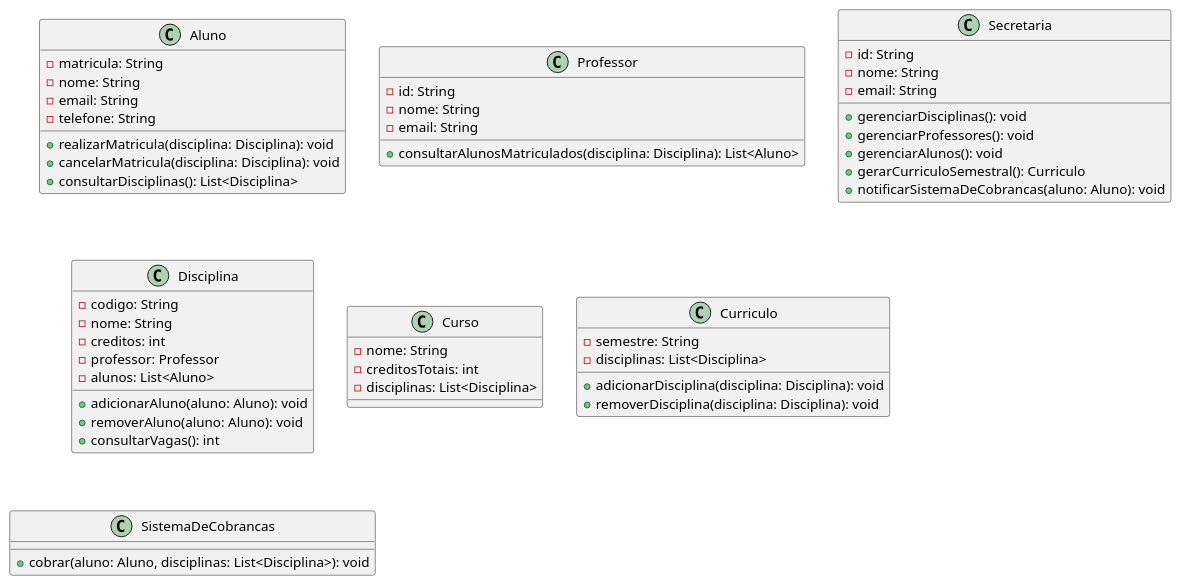
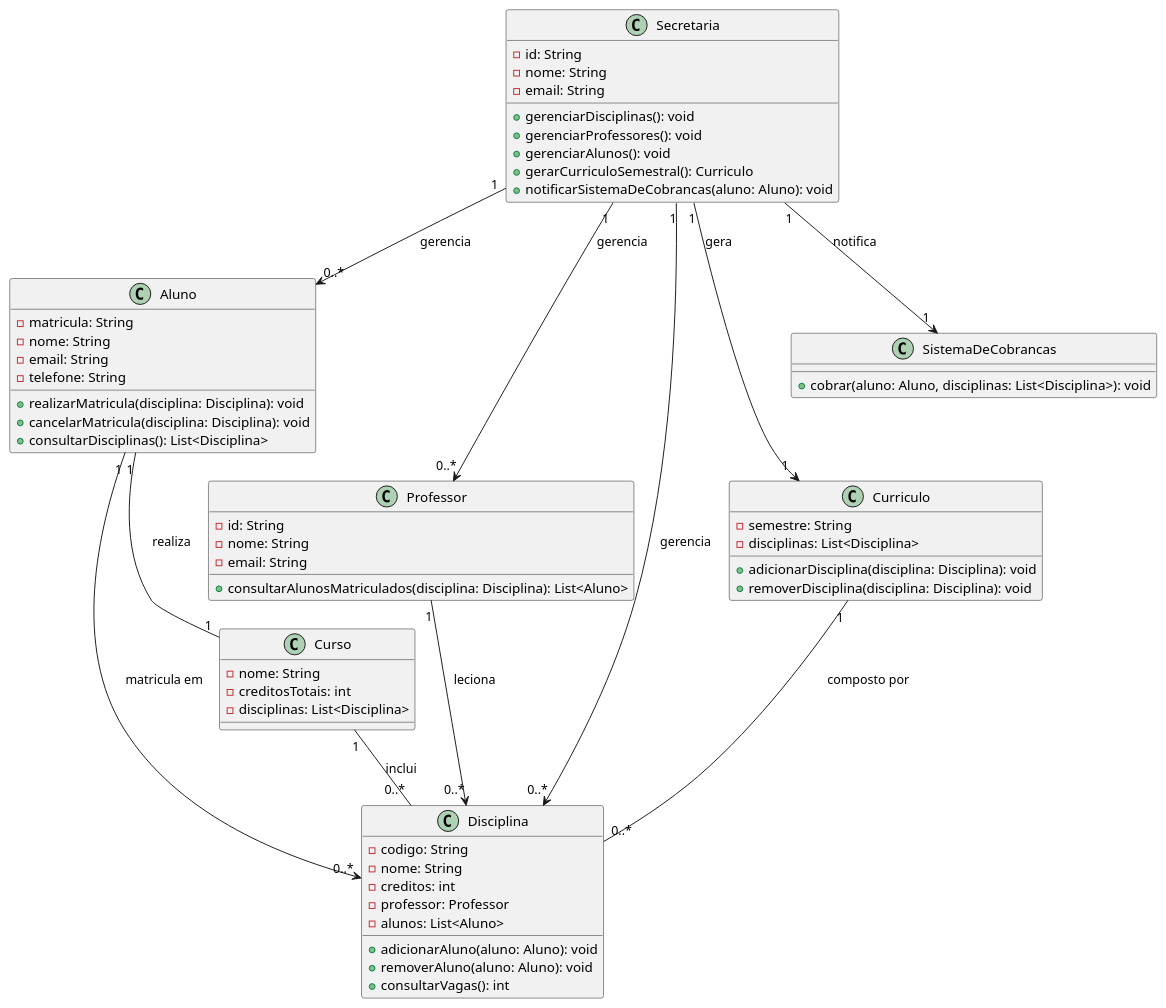
Before and after one commit to ChristianoRuvi/LaboratorioDS: the diagram in project/code/Class DIagram.puml, drawn with PlantUML. The commit also changed 9 other files, not shown here.

```diff
--- a/project/code/Class DIagram.puml
+++ b/project/code/Class DIagram.puml
@@ -1,65 +1,92 @@
 @startuml
 
 ' Classes principais
 class Aluno {
     - matricula: String
     - nome: String
     - email: String
     - telefone: String
     + realizarMatricula(disciplina: Disciplina): void
     + cancelarMatricula(disciplina: Disciplina): void
     + consultarDisciplinas(): List<Disciplina>
 }
 
 class Professor {
     - id: String
     - nome: String
     - email: String
     + consultarAlunosMatriculados(disciplina: Disciplina): List<Aluno>
 }
 
 class Secretaria {
     - id: String
     - nome: String
     - email: String
     + gerenciarDisciplinas(): void
     + gerenciarProfessores(): void
     + gerenciarAlunos(): void
     + gerarCurriculoSemestral(): Curriculo
     + notificarSistemaDeCobrancas(aluno: Aluno): void
 }
 
 class Disciplina {
     - codigo: String
     - nome: String
     - creditos: int
     - professor: Professor
     - alunos: List<Aluno>
     + adicionarAluno(aluno: Aluno): void
     + removerAluno(aluno: Aluno): void
     + consultarVagas(): int
 }
 
 class Curso {
     - nome: String
     - creditosTotais: int
     - disciplinas: List<Disciplina>
 }
 
 class Curriculo {
     - semestre: String
     - disciplinas: List<Disciplina>
     + adicionarDisciplina(disciplina: Disciplina): void
     + removerDisciplina(disciplina: Disciplina): void
 }
 
 class SistemaDeCobrancas {
     + cobrar(aluno: Aluno, disciplinas: List<Disciplina>): void
 }
 
+' Associações
 
+' Relacionamento entre Aluno e Disciplina (Aluno se matricula em várias Disciplinas)
+Aluno "1" --> "0..*" Disciplina : "matricula em"
 
+' Relacionamento entre Aluno e Curso (Aluno está associado a um Curso)
+Aluno "1" -- "1" Curso : "realiza"
 
+' Relacionamento entre Professor e Disciplina (Professor leciona várias Disciplinas)
+Professor "1" --> "0..*" Disciplina : "leciona"
 
+' Relacionamento entre Secretaria e Disciplina (Secretaria gerencia várias Disciplinas)
+Secretaria "1" --> "0..*" Disciplina : "gerencia"
+
+' Relacionamento entre Secretaria e Professor (Secretaria gerencia vários Professores)
+Secretaria "1" --> "0..*" Professor : "gerencia"
+
+' Relacionamento entre Secretaria e Aluno (Secretaria gerencia vários Alunos)
+Secretaria "1" --> "0..*" Aluno : "gerencia"
+
+' Relacionamento entre Secretaria e Curriculo (Secretaria gera um Curriculo)
+Secretaria "1" --> "1" Curriculo : "gera"
+
+' Relacionamento entre Secretaria e Sistema de Cobranças (Secretaria notifica o Sistema de Cobranças)
+Secretaria "1" --> "1" SistemaDeCobrancas : "notifica"
+
+' Relacionamento entre Curso e Disciplina (Curso inclui várias Disciplinas)
+Curso "1" -- "0..*" Disciplina : "inclui"
+
+' Relacionamento entre Curriculo e Disciplina (Curriculo é composto por várias Disciplinas)
+Curriculo "1" -- "0..*" Disciplina : "composto por"
 
 @enduml
```
